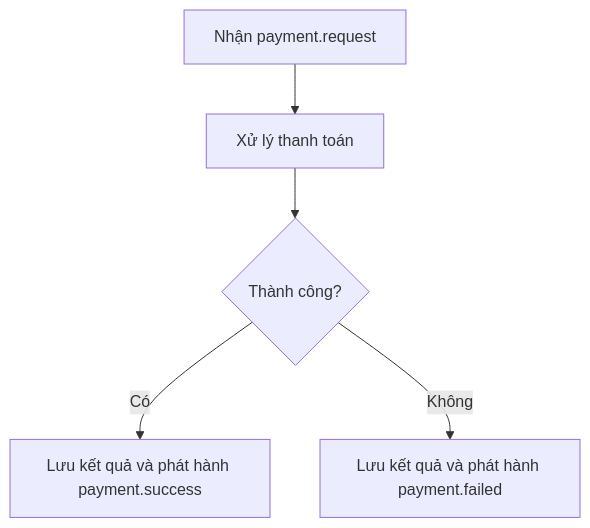
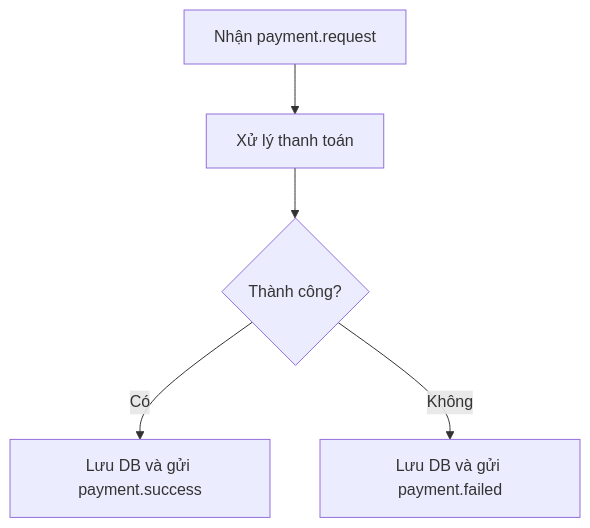
The fifth of 7 diagrams in analysis-and-design-new.md (Dung1409/SOA), drawn with Mermaid before and after one commit. The commit also changed other lines of this file and 1 other file, not shown here.

````diff
--- a/analysis-and-design-new.md
+++ b/analysis-and-design-new.md
@@ -284,7 +307,7 @@
 ```mermaid
 flowchart TD
   A["Nhận payment.request"] --> B["Xử lý thanh toán"]
   B --> C{Thành công?}
-  C -->|Có| D["Lưu kết quả và phát hành payment.success"]
-  C -->|Không| E["Lưu kết quả và phát hành payment.failed"]
+  C -->|Có| D["Lưu DB và gửi payment.success"]
+  C -->|Không| E["Lưu DB và gửi payment.failed"]
 ```
````
